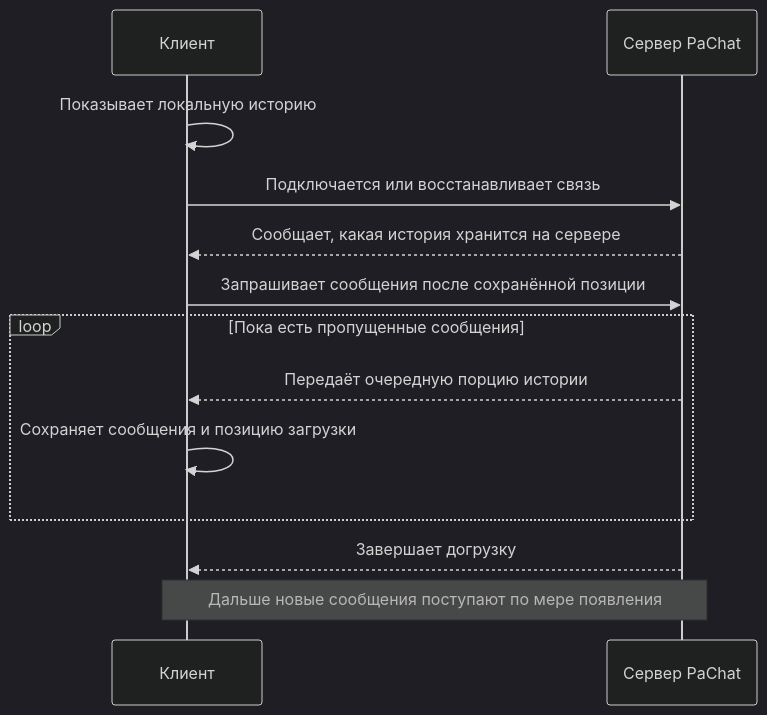
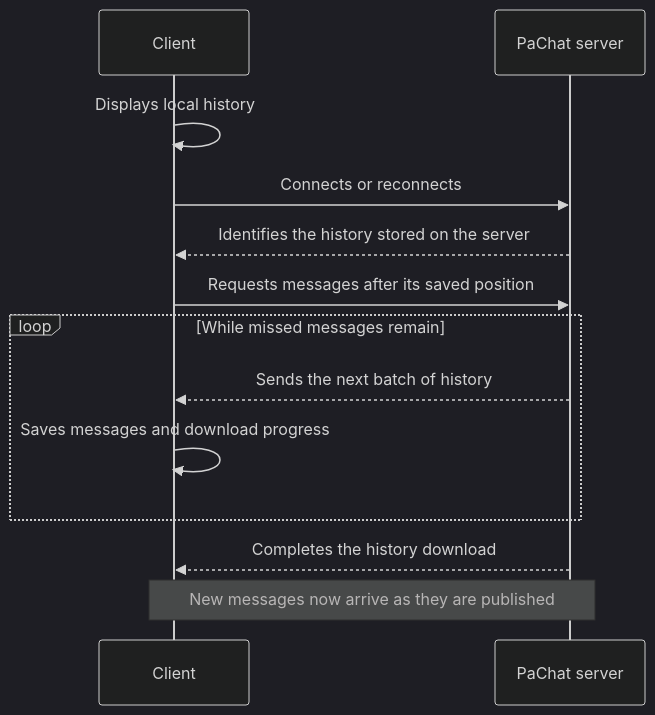
The second of 2 diagrams in README.md (tarpaha/pachat), drawn with Mermaid (dark theme) before and after one commit. The commit also changed other lines of this file, not shown here.

````diff
--- a/README.md
+++ b/README.md
@@ -51,16 +51,16 @@
 ```mermaid
 sequenceDiagram
-    participant C as Клиент
-    participant S as Сервер PaChat
+    participant C as Client
+    participant S as PaChat server
 
-    C->>C: Показывает локальную историю
-    C->>S: Подключается или восстанавливает связь
-    S-->>C: Сообщает, какая история хранится на сервере
-    C->>S: Запрашивает сообщения после сохранённой позиции
-    loop Пока есть пропущенные сообщения
-        S-->>C: Передаёт очередную порцию истории
-        C->>C: Сохраняет сообщения и позицию загрузки
+    C->>C: Displays local history
+    C->>S: Connects or reconnects
+    S-->>C: Identifies the history stored on the server
+    C->>S: Requests messages after its saved position
+    loop While missed messages remain
+        S-->>C: Sends the next batch of history
+        C->>C: Saves messages and download progress
     end
-    S-->>C: Завершает догрузку
-    Note over C,S: Дальше новые сообщения поступают по мере появления
+    S-->>C: Completes the history download
+    Note over C,S: New messages now arrive as they are published
 ```
````
